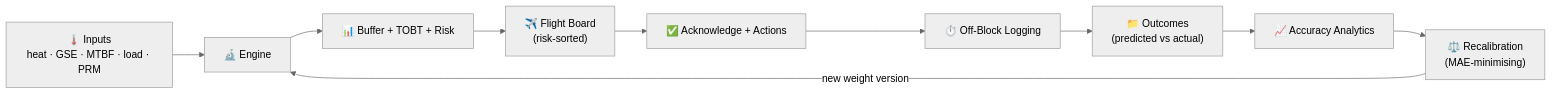
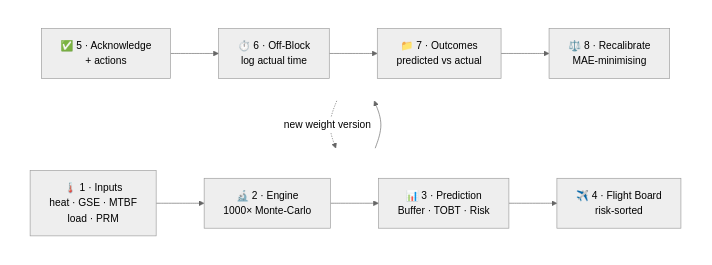
Before and after one commit to LeGeND212L/Airport-ORBIS-Prototype: the second of 3 diagrams in README.md, drawn with Mermaid (neutral theme). The commit also changed other lines of this file, not shown here.

Commit message:
Update README architecture diagrams

````diff
--- a/README.md
+++ b/README.md
@@ -187,12 +167,15 @@
 ```mermaid
-flowchart LR
-    IN["🌡️ Inputs<br/>heat · GSE · MTBF · load · PRM"] --> ENG["🔬 Engine"]
-    ENG --> PRED["📊 Buffer + TOBT + Risk"]
-    PRED --> BOARD["✈️ Flight Board<br/>(risk-sorted)"]
-    BOARD --> ACT["✅ Acknowledge + Actions"]
-    ACT --> OFF["⏱️ Off-Block Logging"]
-    OFF --> OUT["📁 Outcomes<br/>(predicted vs actual)"]
-    OUT --> ANL["📈 Accuracy Analytics"]
-    ANL --> RECAL["⚖️ Recalibration<br/>(MAE-minimising)"]
-    RECAL -->|new weight version| ENG
+flowchart TB
+    subgraph top [" "]
+        direction LR
+        A["🌡️ 1 · Inputs<br/>heat · GSE · MTBF<br/>load · PRM"] --> B["🔬 2 · Engine<br/>1000× Monte-Carlo"] --> C["📊 3 · Prediction<br/>Buffer · TOBT · Risk"] --> D["✈️ 4 · Flight Board<br/>risk-sorted"]
+    end
+    subgraph bottom [" "]
+        direction LR
+        E["✅ 5 · Acknowledge<br/>+ actions"] --> F["⏱️ 6 · Off-Block<br/>log actual time"] --> G["📁 7 · Outcomes<br/>predicted vs actual"] --> H["⚖️ 8 · Recalibrate<br/>MAE-minimising"]
+    end
+    D --> E
+    H -. new weight version .-> B
+    style top fill:none,stroke:none
+    style bottom fill:none,stroke:none
 ```
````
